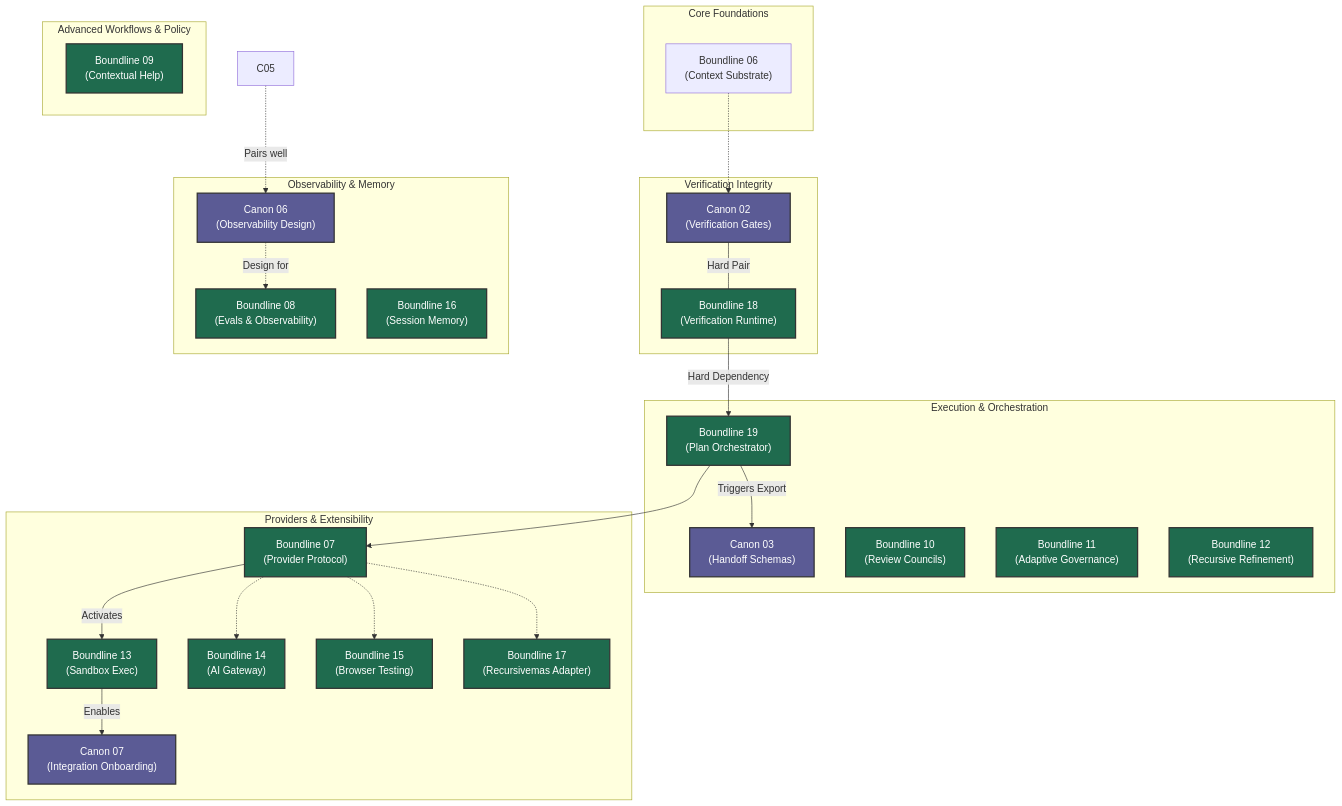
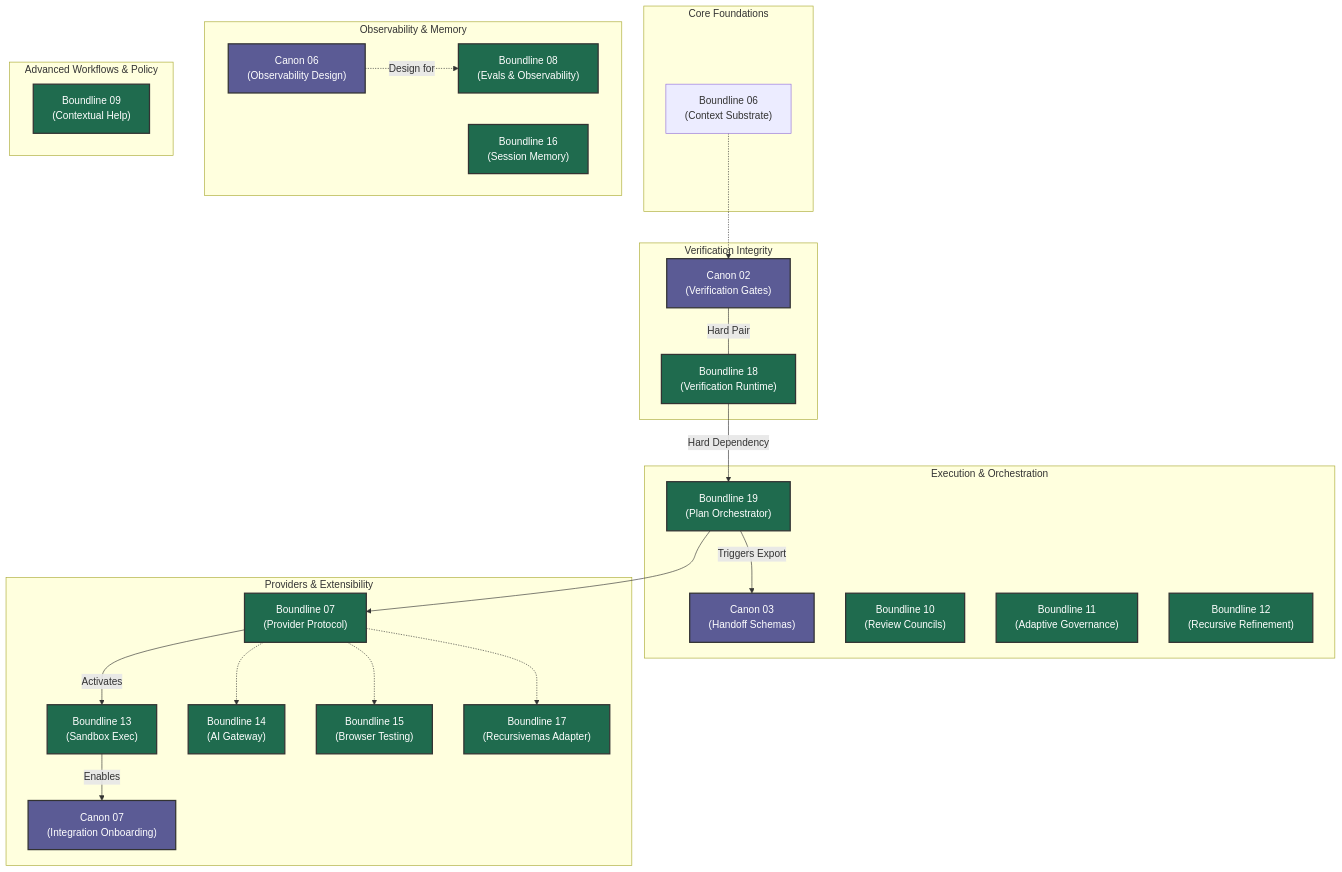
One commit to apply-the/canon changed the diagram in roadmap/joint-roadmap-graph.md. Above: the diagram before and after it, drawn with Mermaid. The commit also changed other lines of this file and 57 other files, not shown here.

````diff
--- a/roadmap/joint-roadmap-graph.md
+++ b/roadmap/joint-roadmap-graph.md
@@ -7,58 +7,57 @@
 ```mermaid
 flowchart TD
     %% Styling
     classDef canon fill:#5b5b95,stroke:#333,stroke-width:2px,color:#fff
     classDef boundline fill:#1f6b4e,stroke:#333,stroke-width:2px,color:#fff
 
    subgraph Core Foundations
         B06["Boundline 06<br/>(Context Substrate)"]:::nextUp
     end
 
     subgraph Verification Integrity
         C02["Canon 02<br/>(Verification Gates)"]:::canon
         B18["Boundline 18<br/>(Verification Runtime)"]:::boundline
     end
 
     subgraph Execution & Orchestration
         B19["Boundline 19<br/>(Plan Orchestrator)"]:::boundline
         C03["Canon 03<br/>(Handoff Schemas)"]:::canon
         B10["Boundline 10<br/>(Review Councils)"]:::boundline
         B11["Boundline 11<br/>(Adaptive Governance)"]:::boundline
         B12["Boundline 12<br/>(Recursive Refinement)"]:::boundline
     end
 
     subgraph Providers & Extensibility
         B07["Boundline 07<br/>(Provider Protocol)"]:::boundline
         B13["Boundline 13<br/>(Sandbox Exec)"]:::boundline
         C07["Canon 07<br/>(Integration Onboarding)"]:::canon
         B14["Boundline 14<br/>(AI Gateway)"]:::boundline
         B15["Boundline 15<br/>(Browser Testing)"]:::boundline
         B17["Boundline 17<br/>(Recursivemas Adapter)"]:::boundline
     end
 
     subgraph Observability & Memory
         C06["Canon 06<br/>(Observability Design)"]:::canon
         B08["Boundline 08<br/>(Evals & Observability)"]:::boundline
         B16["Boundline 16<br/>(Session Memory)"]:::boundline
     end
 
     subgraph Advanced Workflows & Policy
         B09["Boundline 09<br/>(Contextual Help)"]:::boundline
     end
 
     %% Key Dependencies
     B06 -.-> C02
     C02 ---|Hard Pair| B18
     B18 -->|Hard Dependency| B19
     B19 -->|Triggers Export| C03
     B19 --> B07
     B07 -->|Activates| B13
     B13 -->|Enables| C07
     
     B07 -.-> B14
     B07 -.-> B15
     B07 -.-> B17
     
     C06 -.->|Design for| B08
-    C05 -.->|Pairs well| C06
 ```
````
